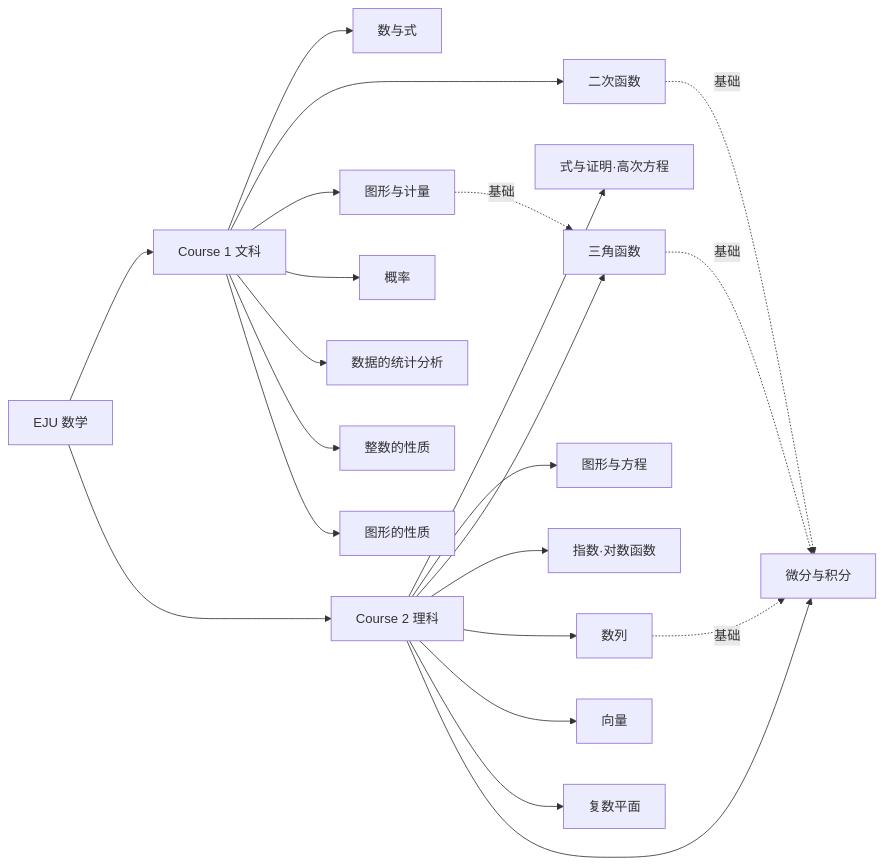
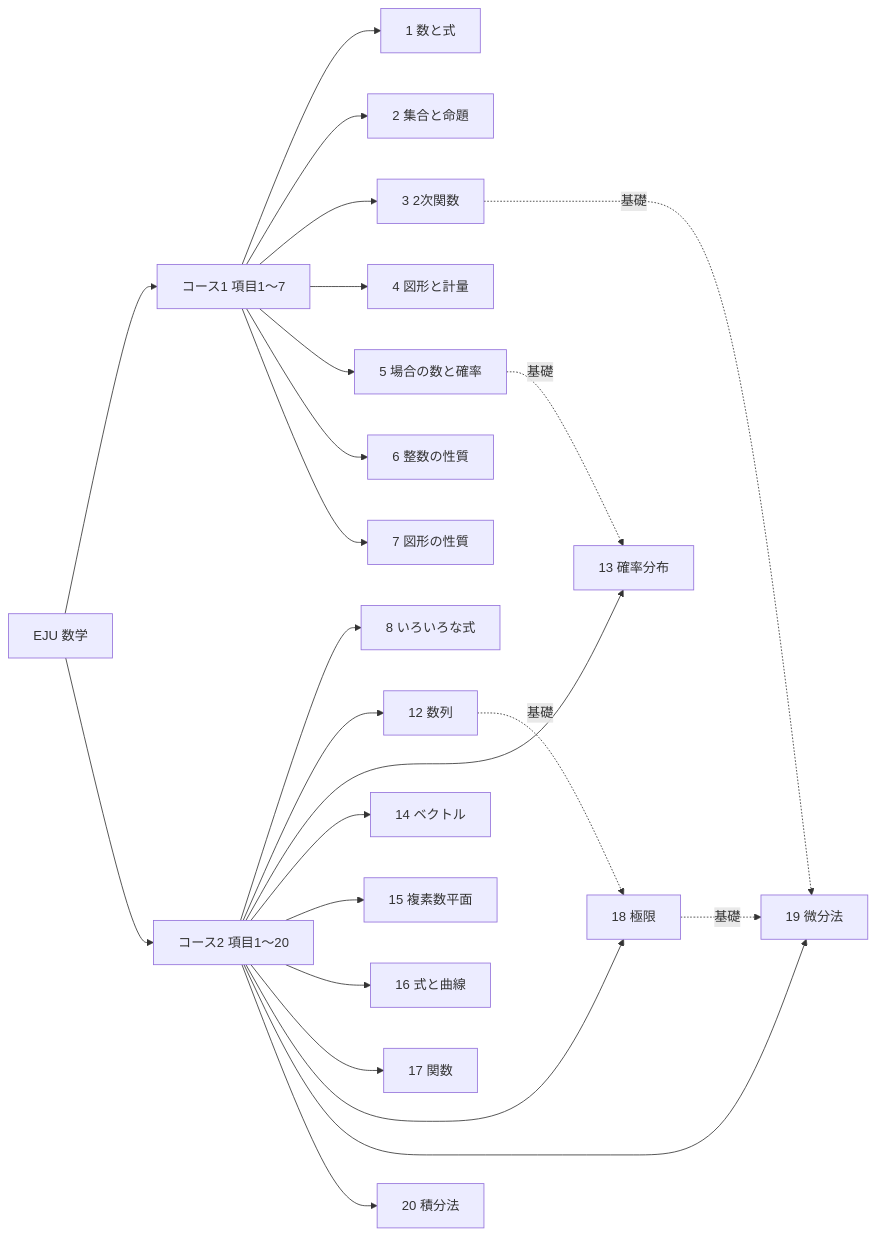
The diagram in docs/index.md (NoobCoderBigRoc/eju-math), drawn with Mermaid before and after one commit. The commit also changed 15 other files, not shown here.

````diff
--- a/docs/index.md
+++ b/docs/index.md
@@ -28,24 +28,26 @@
 ```mermaid
 graph LR
-  A[EJU 数学] --> B[Course 1 文科]
-  A --> C[Course 2 理科]
-  B --> B1[数与式]
-  B --> B2[二次函数]
-  B --> B3[图形与计量]
-  B --> B4[概率]
-  B --> B5[数据的统计分析]
-  B --> B6[整数的性质]
-  B --> B7[图形的性质]
-  C --> C1[式与证明·高次方程]
-  C --> C2[图形与方程]
-  C --> C3[三角函数]
-  C --> C4[指数·对数函数]
-  C --> C5[数列]
-  C --> C6[向量]
-  C --> C7[复数平面]
-  C --> C8[微分与积分]
-  B2 -.基础.-> C8
-  B3 -.基础.-> C3
-  C3 -.基础.-> C8
-  C5 -.基础.-> C8
+  A[EJU 数学] --> B[コース1 項目1〜7]
+  A --> C[コース2 項目1〜20]
+  B --> B1[1 数と式]
+  B --> B2[2 集合と命題]
+  B --> B3[3 2次関数]
+  B --> B4[4 図形と計量]
+  B --> B5[5 場合の数と確率]
+  B --> B6[6 整数の性質]
+  B --> B7[7 図形の性質]
+  C --> C1[8 いろいろな式]
+  C --> C2[12 数列]
+  C --> C3[13 確率分布]
+  C --> C4[14 ベクトル]
+  C --> C5[15 複素数平面]
+  C --> C6[16 式と曲線]
+  C --> C7[17 関数]
+  C --> C8[18 極限]
+  C --> C9[19 微分法]
+  C --> C10[20 積分法]
+  B3 -.基礎.-> C9
+  B5 -.基礎.-> C3
+  C2 -.基礎.-> C8
+  C8 -.基礎.-> C9
 ```
````
